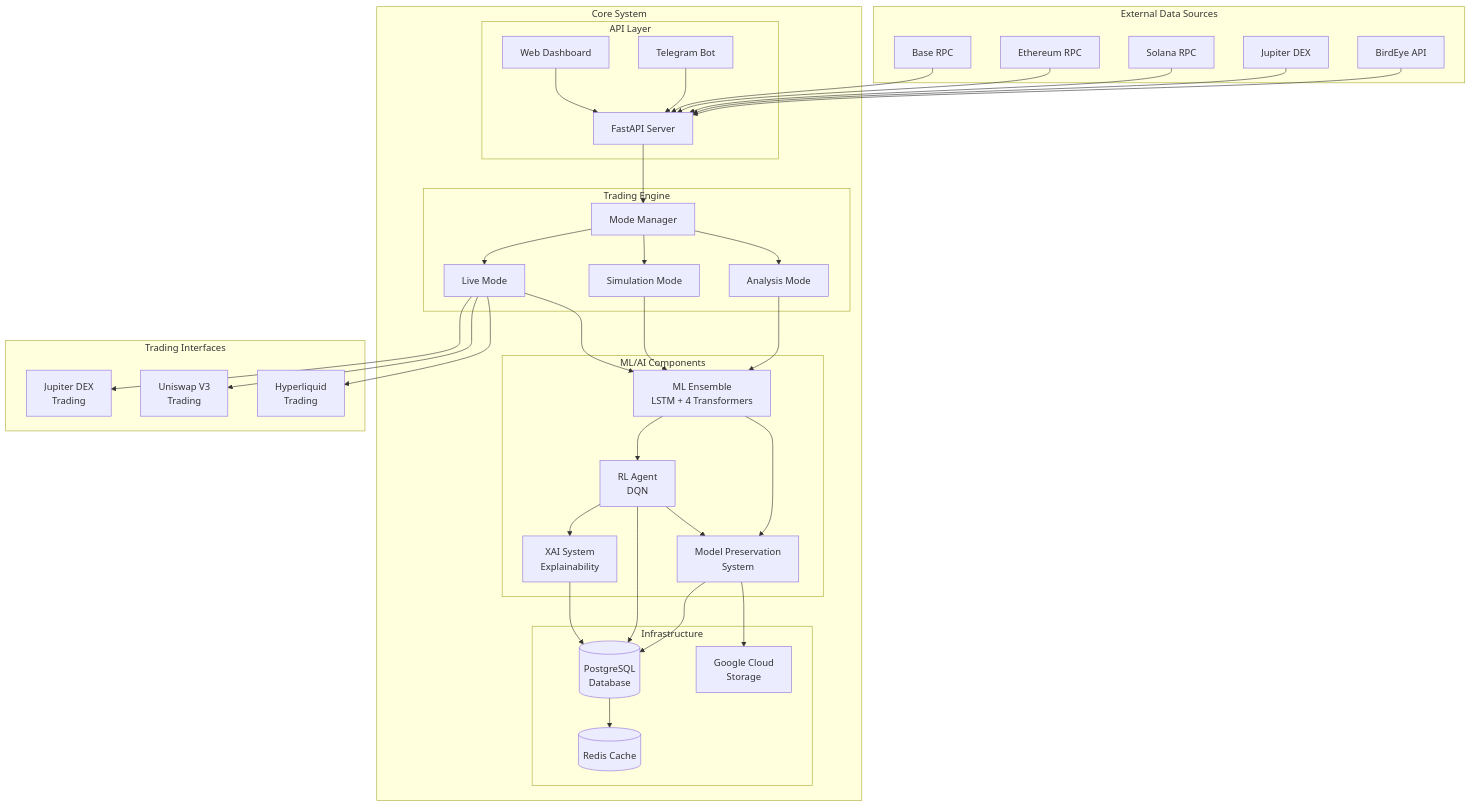
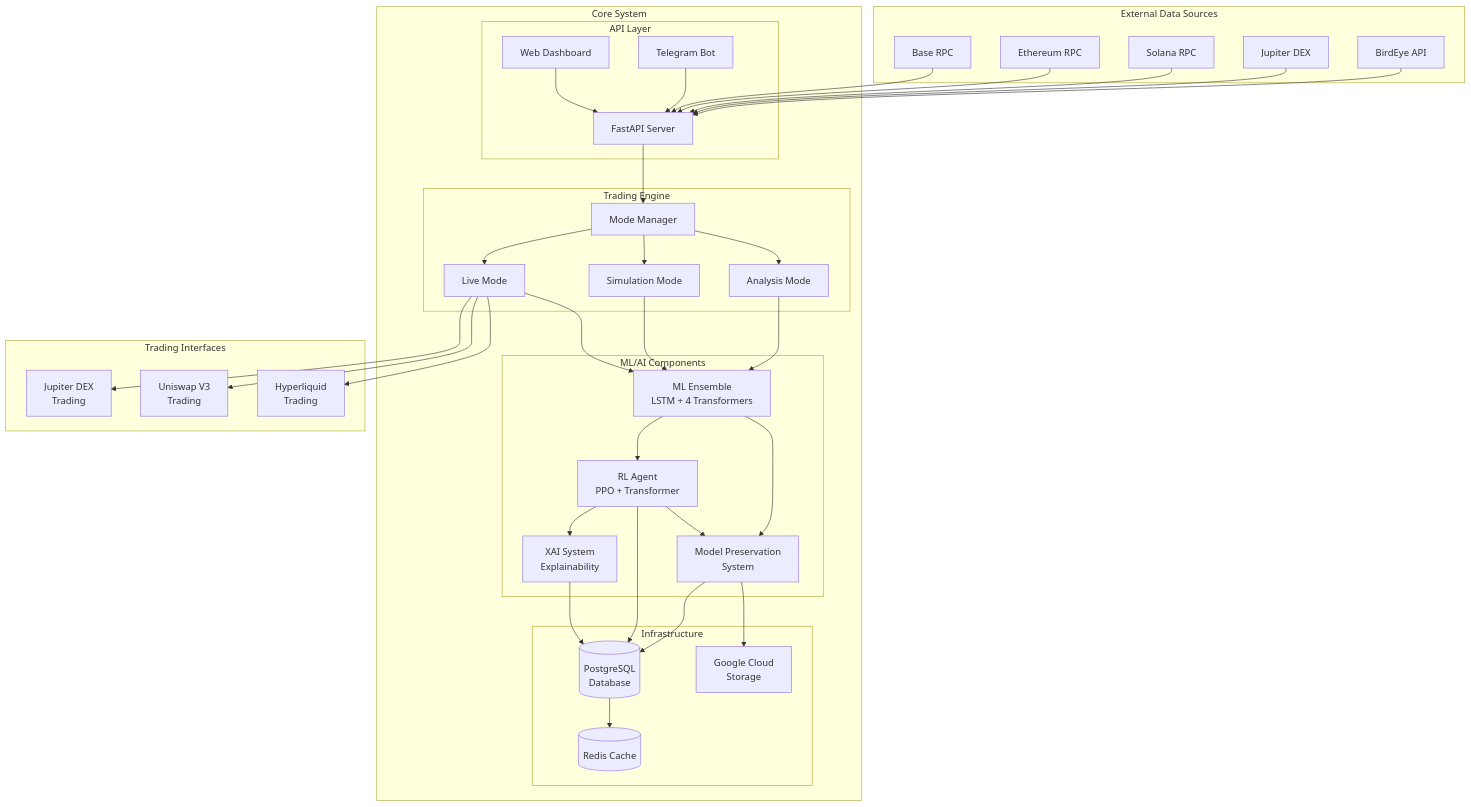
Before and after one commit to daniqan/shyvr-auto: the first of 4 diagrams in README.md, drawn with Mermaid. The commit also changed other lines of this file, not shown here.

````diff
--- a/README.md
+++ b/README.md
@@ -249,80 +252,80 @@
 ```mermaid
 graph TB
     subgraph "External Data Sources"
         BirdEye[BirdEye API]
         Jupiter[Jupiter DEX]
         Solana[Solana RPC]
         Ethereum[Ethereum RPC]
         Base[Base RPC]
     end
 
     subgraph "Core System"
         subgraph "API Layer"
             FastAPI[FastAPI Server]
             TelegramBot[Telegram Bot]
             WebDashboard[Web Dashboard]
         end
 
         subgraph "Trading Engine"
             ModeManager[Mode Manager]
             Analysis[Analysis Mode]
             Simulation[Simulation Mode]
             Live[Live Mode]
         end
 
         subgraph "ML/AI Components"
             MLAnalysis[ML Ensemble<br/>LSTM + 4 Transformers]
-            RLAgent[RL Agent<br/>DQN]
+            RLAgent[RL Agent<br/>PPO + Transformer]
             XAI[XAI System<br/>Explainability]
             ModelPreservation[Model Preservation<br/>System]
         end
 
         subgraph "Infrastructure"
             PostgreSQL[(PostgreSQL<br/>Database)]
             GCS[Google Cloud<br/>Storage]
             Redis[(Redis Cache)]
         end
     end
 
     subgraph "Trading Interfaces"
         JupiterDEX[Jupiter DEX<br/>Trading]
         UniswapV3[Uniswap V3<br/>Trading]
         Hyperliquid[Hyperliquid<br/>Trading]
     end
 
     %% Data flow
     BirdEye --> FastAPI
     Jupiter --> FastAPI
     Solana --> FastAPI
     Ethereum --> FastAPI
     Base --> FastAPI
 
     TelegramBot --> FastAPI
     WebDashboard --> FastAPI
 
     FastAPI --> ModeManager
     ModeManager --> Analysis
     ModeManager --> Simulation
     ModeManager --> Live
 
     Analysis --> MLAnalysis
     Simulation --> MLAnalysis
     Live --> MLAnalysis
 
     MLAnalysis --> RLAgent
     RLAgent --> XAI
     
     MLAnalysis --> ModelPreservation
     RLAgent --> ModelPreservation
     ModelPreservation --> GCS
     ModelPreservation --> PostgreSQL
 
     RLAgent --> PostgreSQL
     XAI --> PostgreSQL
 
     Live --> JupiterDEX
     Live --> UniswapV3
     Live --> Hyperliquid
 
     PostgreSQL --> Redis
 ```
````
